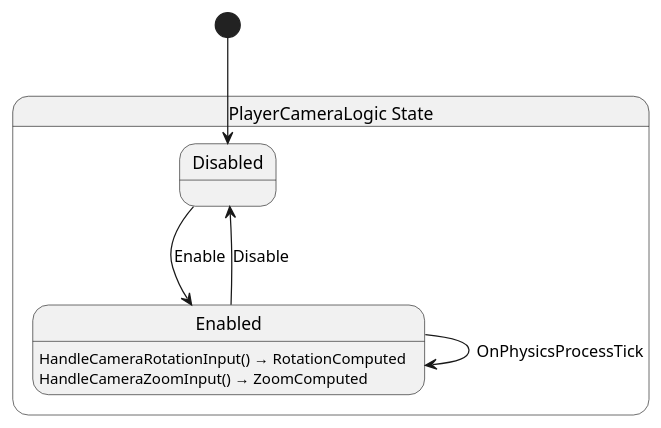
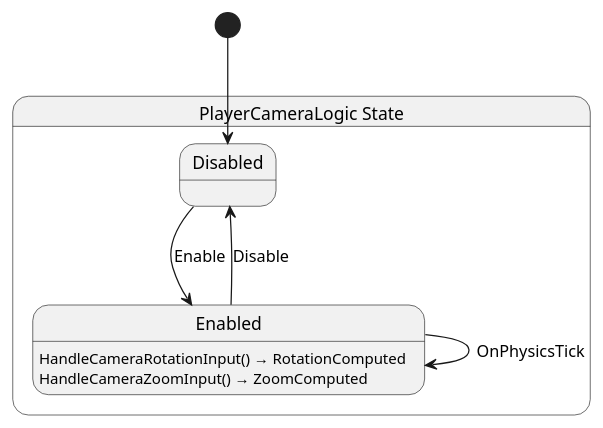
The diagram in Scripts/Drone/PlayerCamera/State/PlayerCameraLogic.g.puml (SkyValor/rescue-drone), drawn with PlantUML before and after one commit. The commit also changed 19 other files, not shown here.

Commit message:
Implemented the class to hold the tilt by input logic. This class will be used as a nested component for the player. Fixed an issue with ImputComponent not getting mouse zoom properly.

```diff
--- a/Scripts/Drone/PlayerCamera/State/PlayerCameraLogic.g.puml
+++ b/Scripts/Drone/PlayerCamera/State/PlayerCameraLogic.g.puml
@@ -1,15 +1,15 @@
 @startuml PlayerCameraLogic
 state "PlayerCameraLogic State" as RescueDrone_PlayerCameraLogic_State {
   state "Disabled" as RescueDrone_PlayerCameraLogic_State_Disabled
   state "Enabled" as RescueDrone_PlayerCameraLogic_State_Enabled
 }
 
 RescueDrone_PlayerCameraLogic_State_Disabled --> RescueDrone_PlayerCameraLogic_State_Enabled : Enable
 RescueDrone_PlayerCameraLogic_State_Enabled --> RescueDrone_PlayerCameraLogic_State_Disabled : Disable
-RescueDrone_PlayerCameraLogic_State_Enabled --> RescueDrone_PlayerCameraLogic_State_Enabled : OnPhysicsProcessTick
+RescueDrone_PlayerCameraLogic_State_Enabled --> RescueDrone_PlayerCameraLogic_State_Enabled : OnPhysicsTick
 
 RescueDrone_PlayerCameraLogic_State_Enabled : HandleCameraRotationInput() → RotationComputed
 RescueDrone_PlayerCameraLogic_State_Enabled : HandleCameraZoomInput() → ZoomComputed
 
 [*] --> RescueDrone_PlayerCameraLogic_State_Disabled
 @enduml
```
